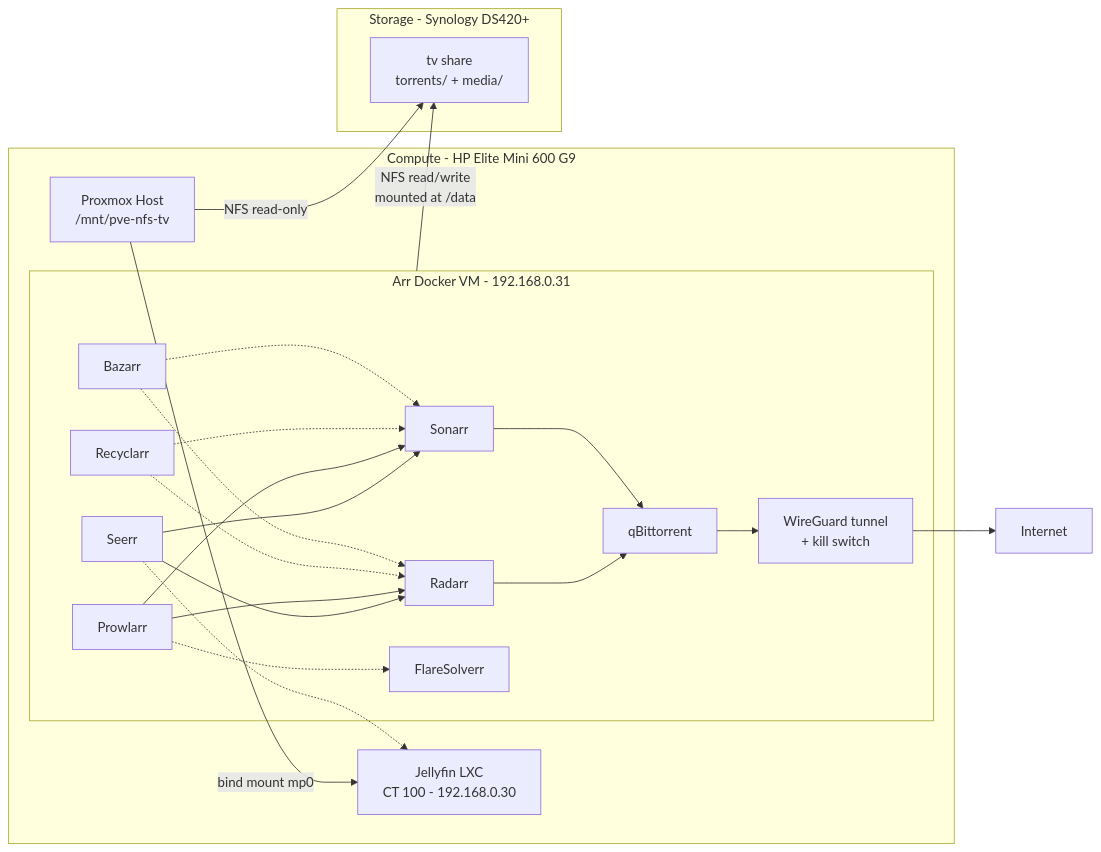
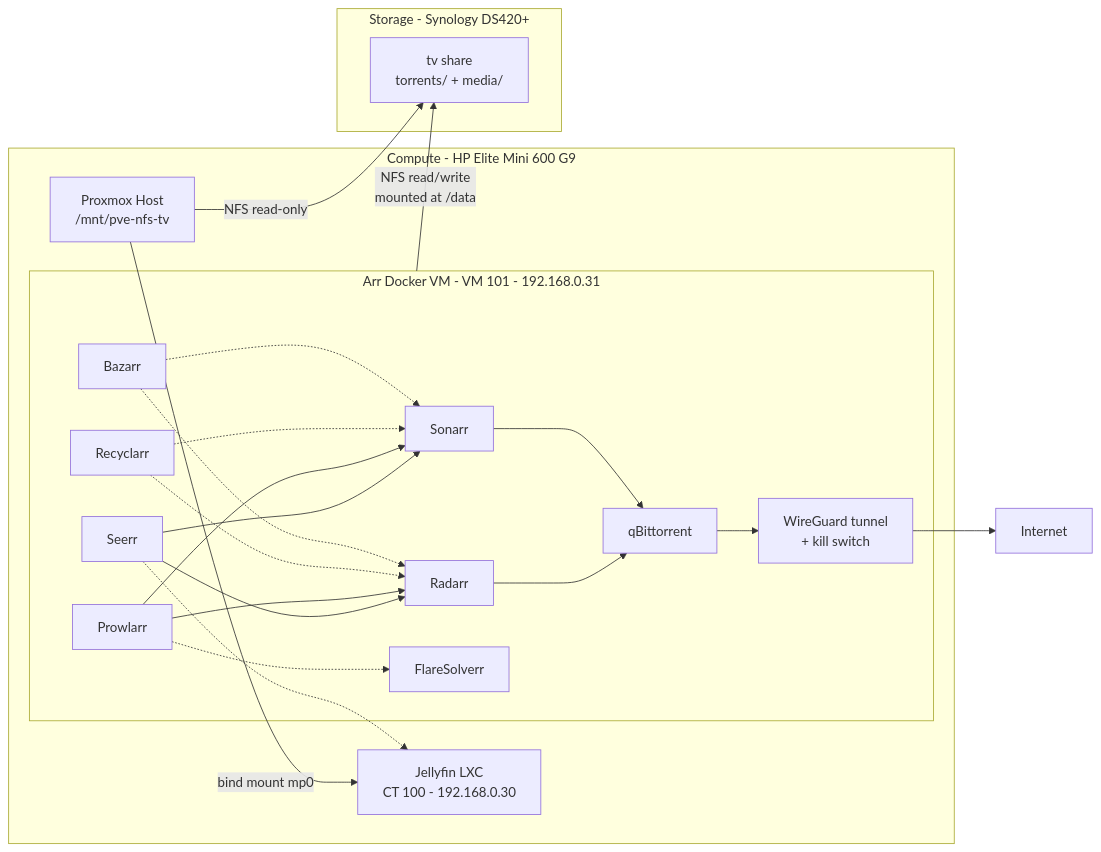
The diagram in services/arr-stack/README.md (Rhod3/homelab), drawn with Mermaid before and after one commit. The commit also changed other lines of this file and 3 other files, not shown here.

````diff
--- a/services/arr-stack/README.md
+++ b/services/arr-stack/README.md
@@ -36,31 +36,31 @@
 ```mermaid
 flowchart LR
     subgraph Compute - HP Elite Mini 600 G9
-        subgraph DockerVM[Arr Docker VM - 192.168.0.31]
+        subgraph DockerVM[Arr Docker VM - VM 101 - 192.168.0.31]
             Seerr --> Radarr
             Seerr --> Sonarr
             Prowlarr --> Radarr
             Prowlarr --> Sonarr
             Prowlarr -.-> FlareSolverr
             Recyclarr -.-> Radarr
             Recyclarr -.-> Sonarr
             Radarr --> QBT[qBittorrent]
             Sonarr --> QBT
             Bazarr -.-> Radarr
             Bazarr -.-> Sonarr
             QBT --> VPN[WireGuard tunnel<br/>+ kill switch]
         end
         Jellyfin[Jellyfin LXC<br/>CT 100 - 192.168.0.30]
         PVEHost[Proxmox Host<br/>/mnt/pve-nfs-tv]
     end
 
     subgraph Storage - Synology DS420+
         Share[tv share<br/>torrents/ + media/]
     end
 
     VPN --> Internet[Internet]
     DockerVM -- NFS read/write<br/>mounted at /data --> Share
     PVEHost -- NFS read-only --> Share
     PVEHost -- bind mount mp0 --> Jellyfin
     Seerr -.-> Jellyfin
 ```
````
